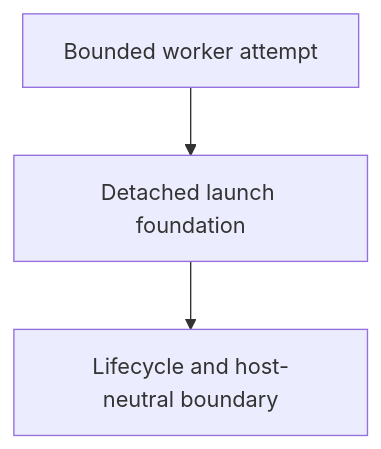
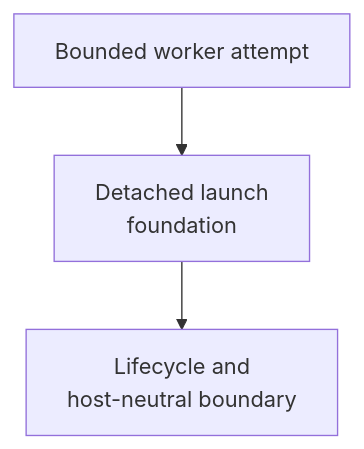
The diagram in components/subprocess-execution-foundation/as-is.md (abstract-business-systems/as-is), drawn with Mermaid before and after one commit. The commit also changed 47 other files, not shown here.

Commit message:
docs(diagrams): improve Mermaid readability validation

````diff
--- a/components/subprocess-execution-foundation/as-is.md
+++ b/components/subprocess-execution-foundation/as-is.md
@@ -21,5 +21,5 @@
 ```mermaid
 flowchart TD
-    A["Bounded worker attempt"] --> B["Detached launch foundation"]
-    B --> C["Lifecycle and host-neutral boundary"]
+    A["Bounded worker attempt"] --> B["Detached launch<br/>foundation"]
+    B --> C["Lifecycle and<br/>host-neutral boundary"]
 ```
````
